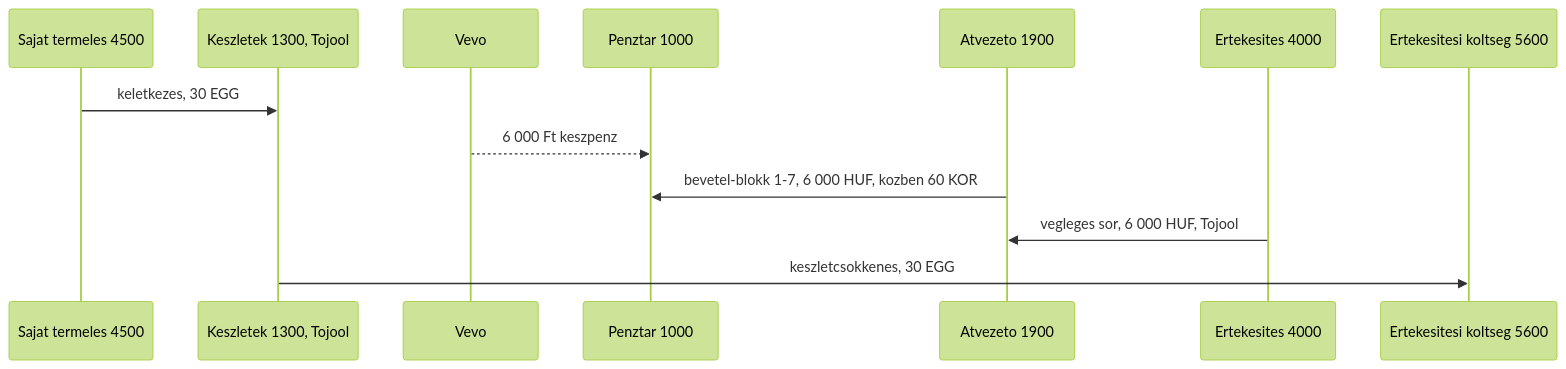
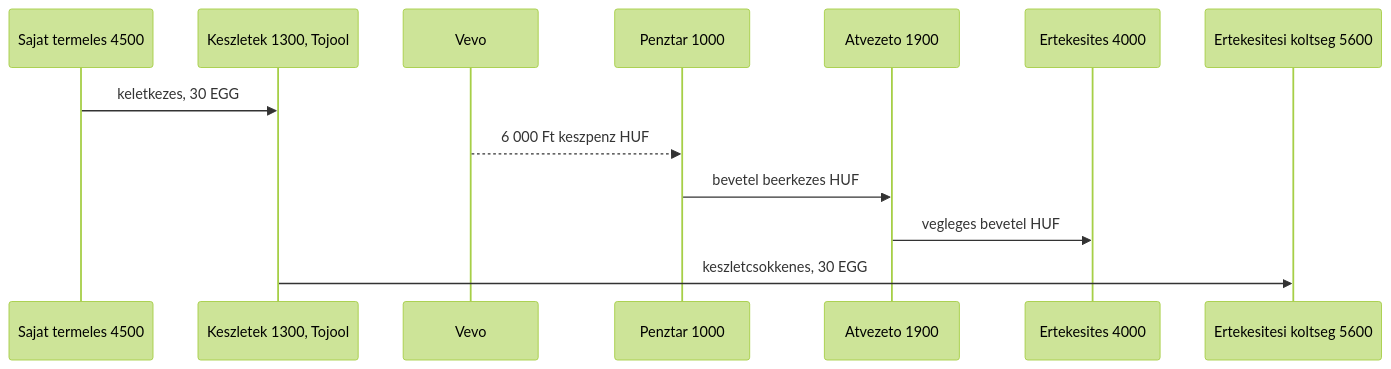
One commit to pitiboy/curr changed the sixth of 15 diagrams in docs/transaction-workflow.md. Above: the diagram before and after it, drawn with Mermaid (forest theme). The commit also changed other lines of this file and 31 other files, not shown here.

````diff
--- a/docs/transaction-workflow.md
+++ b/docs/transaction-workflow.md
@@ -327,16 +347,16 @@
 ```mermaid
 sequenceDiagram
   participant Allomany as Sajat termeles 4500
   participant Keszlet as Keszletek 1300, Tojool
   participant Vevo as Vevo
   participant Penztar as Penztar 1000
   participant Atv as Atvezeto 1900
   participant Bevetel as Ertekesites 4000
   participant Ert as Ertekesitesi koltseg 5600
 
   Allomany->>Keszlet: keletkezes, 30 EGG
-  Vevo-->>Penztar: 6 000 Ft keszpenz
-  Atv->>Penztar: bevetel-blokk 1-7, 6 000 HUF, kozben 60 KOR
-  Bevetel->>Atv: vegleges sor, 6 000 HUF, Tojool
+  Vevo-->>Penztar: 6 000 Ft keszpenz HUF
+  Penztar->>Atv: bevetel beerkezes HUF
+  Atv->>Bevetel: vegleges bevetel HUF
   Keszlet->>Ert: keszletcsokkenes, 30 EGG
 ```
````
